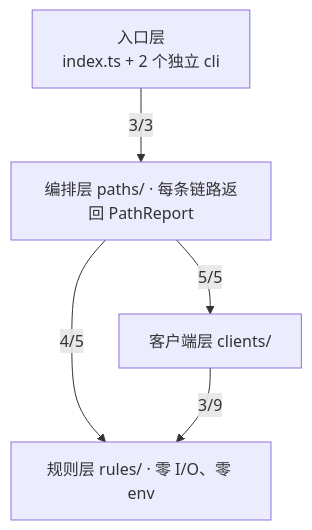
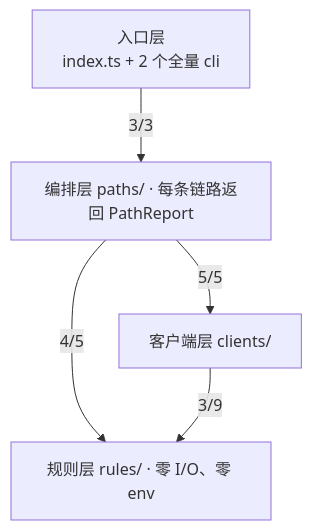
Before and after one commit to sachikoakina/Audiovisual-Transporter: the first of 6 diagrams in README.md, drawn with Mermaid. The commit also changed other lines of this file, not shown here.

````diff
--- a/README.md
+++ b/README.md
@@ -197,11 +197,11 @@
 ```mermaid
 flowchart TB
-    L0["入口层<br/>index.ts + 2 个独立 cli"]
+    L0["入口层<br/>index.ts + 2 个全量 cli"]
     L1["编排层 paths/ · 每条链路返回 PathReport"]
     L2["客户端层 clients/"]
     L3["规则层 rules/ · 零 I/O、零 env"]
     L0 -->|"3/3"| L1
     L1 -->|"5/5"| L2
     L1 -->|"4/5"| L3
     L2 -->|"3/9"| L3
 ```
````
